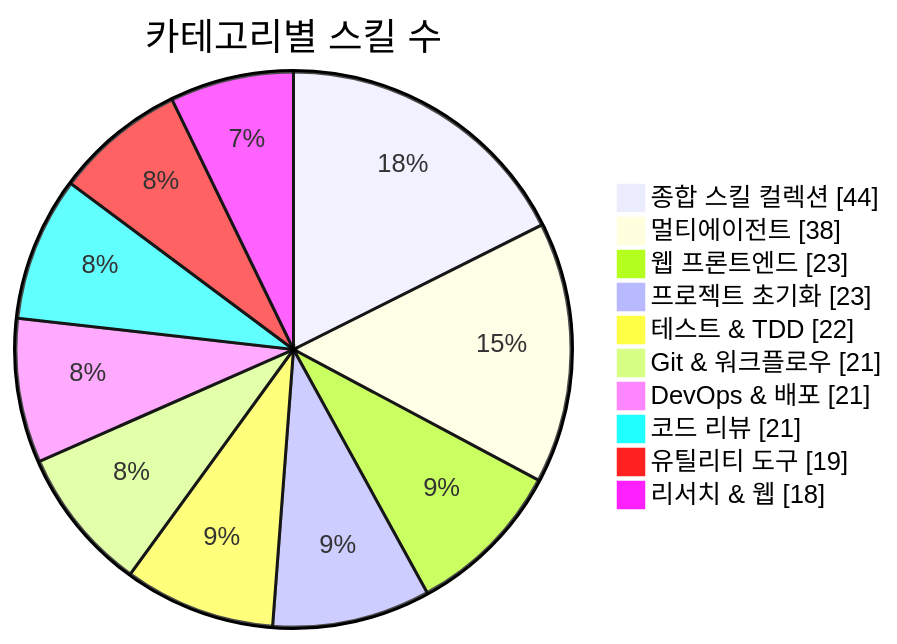
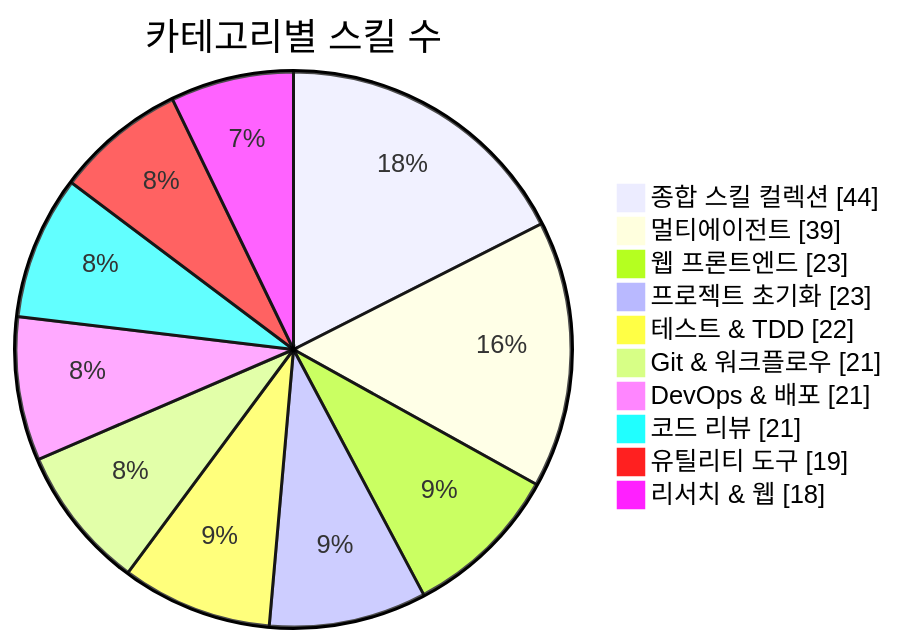
The first of 3 diagrams in README.md (J-nowcow/awesome-korean-agent-skills), drawn with Mermaid before and after one commit. The commit also changed other lines of this file and 4 other files, not shown here.

````diff
--- a/README.md
+++ b/README.md
@@ -176,14 +176,14 @@
 ```mermaid
 pie showData
     title 카테고리별 스킬 수
     "종합 스킬 컬렉션" : 44
-    "멀티에이전트" : 38
+    "멀티에이전트" : 39
     "웹 프론트엔드" : 23
     "프로젝트 초기화" : 23
     "테스트 & TDD" : 22
     "Git & 워크플로우" : 21
     "DevOps & 배포" : 21
     "코드 리뷰" : 21
     "유틸리티 도구" : 19
     "리서치 & 웹" : 18
 ```
````
